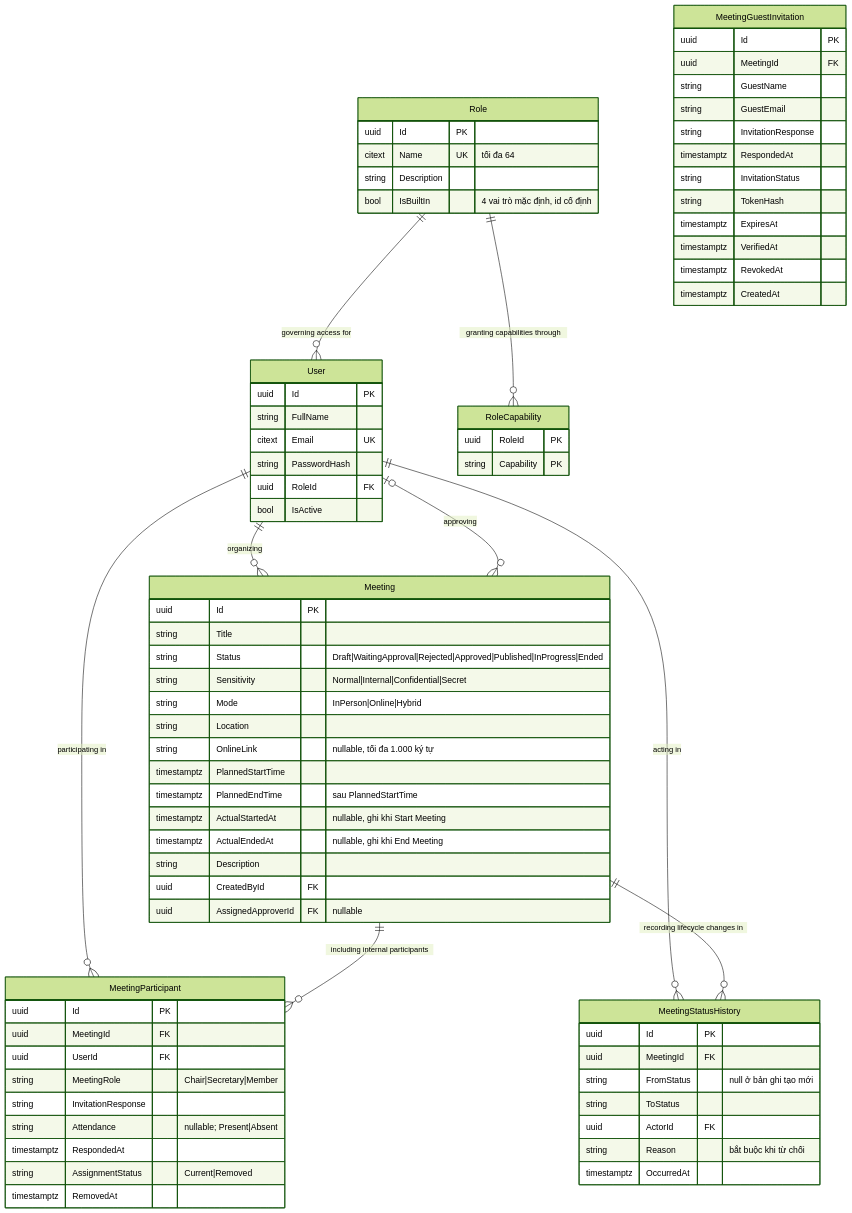
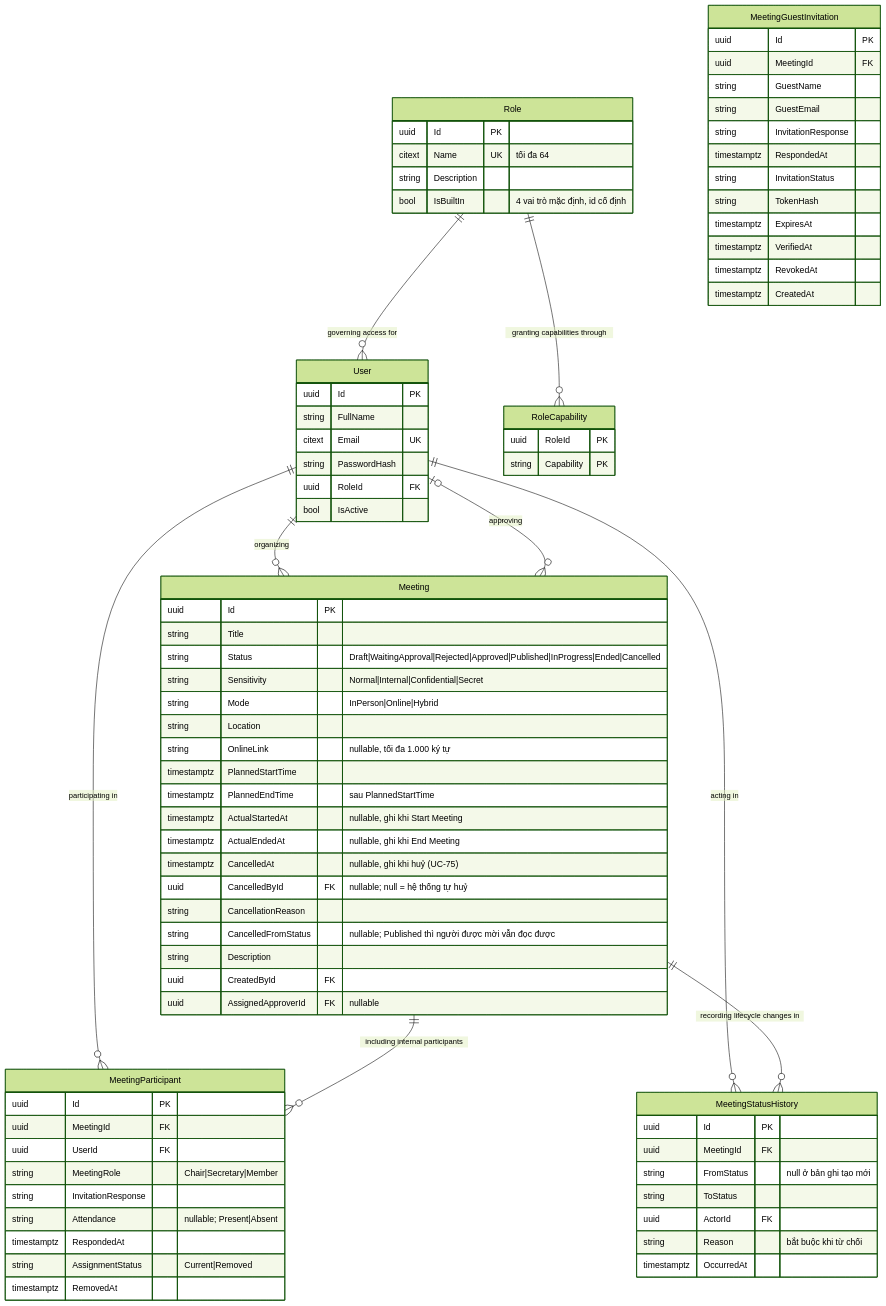
Before and after one commit to callmehai/FU-FA26-G116: the first of 6 diagrams in docs/02-design/02-erd.md, drawn with Mermaid (forest theme). The commit also changed 51 other files, not shown here.

```diff
--- a/docs/02-design/02-erd.md
+++ b/docs/02-design/02-erd.md
@@ -115,7 +115,7 @@
     Meeting {
         uuid Id PK
         string Title
-        string Status "Draft|WaitingApproval|Rejected|Approved|Published|InProgress|Ended"
+        string Status "Draft|WaitingApproval|Rejected|Approved|Published|InProgress|Ended|Cancelled"
         string Sensitivity "Normal|Internal|Confidential|Secret"
         string Mode "InPerson|Online|Hybrid"
         string Location
@@ -124,6 +124,10 @@
         timestamptz PlannedEndTime "sau PlannedStartTime"
         timestamptz ActualStartedAt "nullable, ghi khi Start Meeting"
         timestamptz ActualEndedAt "nullable, ghi khi End Meeting"
+        timestamptz CancelledAt "nullable, ghi khi huỷ (UC-75)"
+        uuid CancelledById FK "nullable; null = hệ thống tự huỷ"
+        string CancellationReason
+        string CancelledFromStatus "nullable; Published thì người được mời vẫn đọc được"
         string Description
         uuid CreatedById FK
         uuid AssignedApproverId FK "nullable"
```
